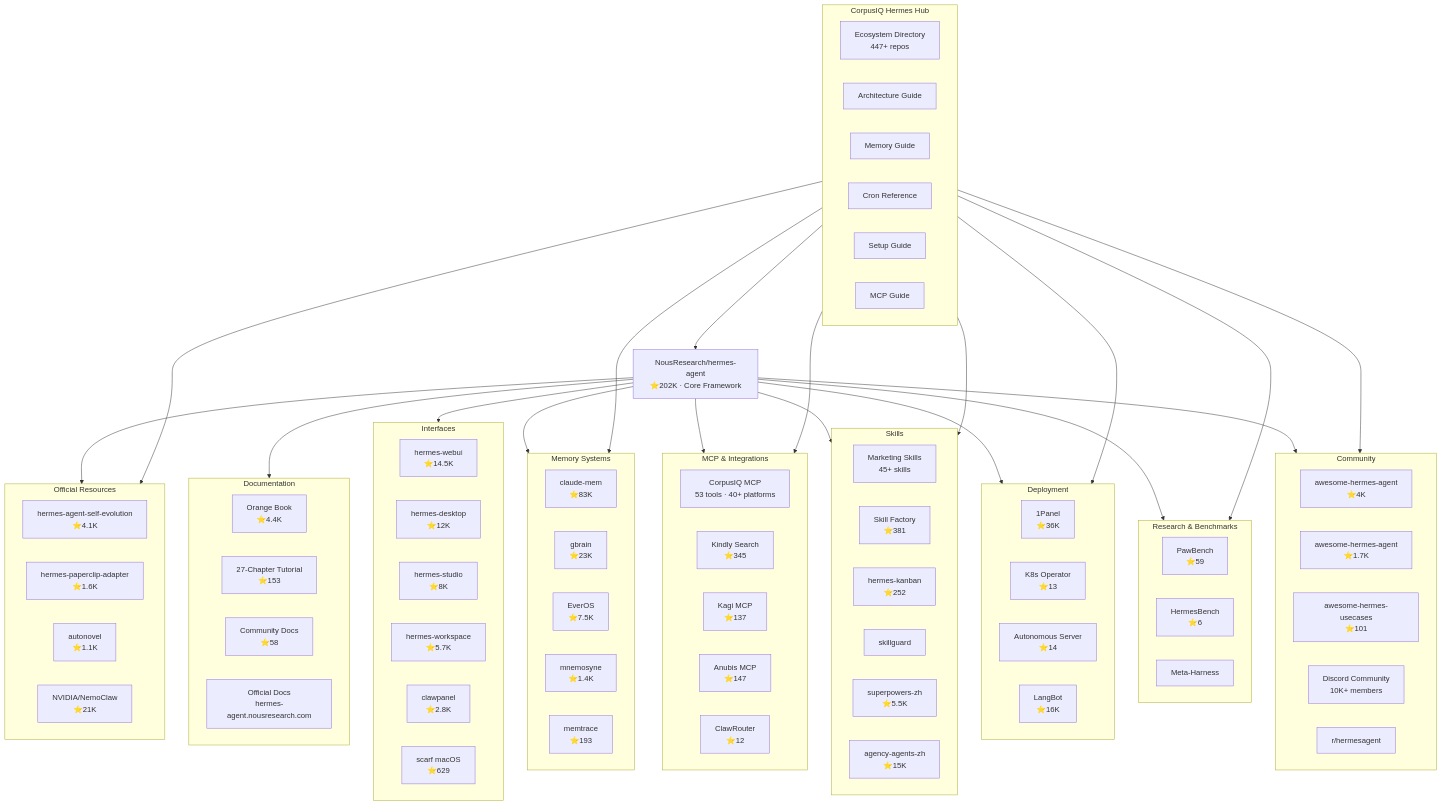
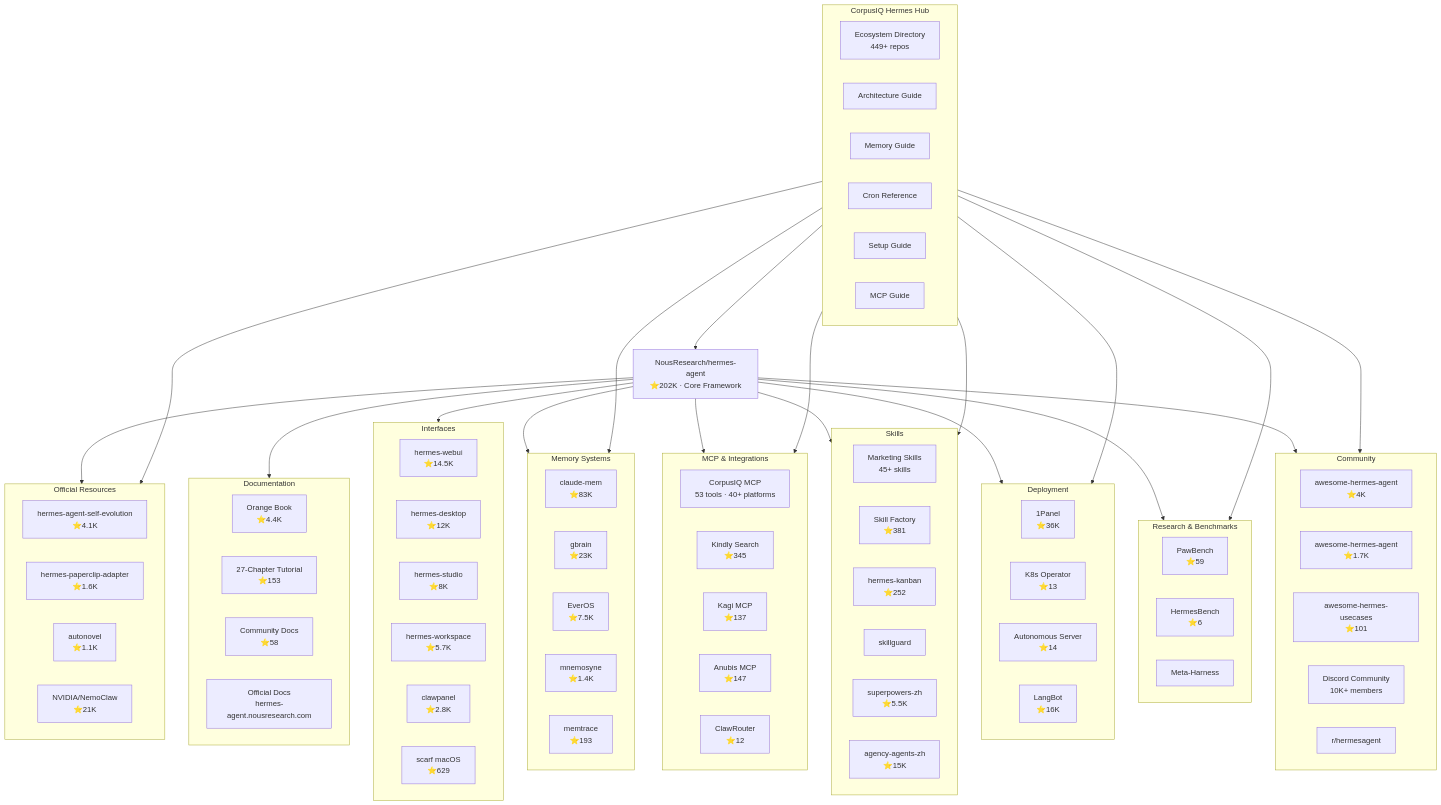
Before and after one commit to CorpusIQ/corpusiq-docs: the first of 4 diagrams in hermes/ecosystem-map.md, drawn with Mermaid. The commit also changed other lines of this file and 36 other files, not shown here.

```diff
--- a/hermes/ecosystem-map.md
+++ b/hermes/ecosystem-map.md
@@ -88,7 +88,7 @@
     end
 
     subgraph CORPUSIQ_HUB[CorpusIQ Hermes Hub]
-        ECOSYSTEM[Ecosystem Directory<br/>447+ repos]
+        ECOSYSTEM[Ecosystem Directory<br/>449+ repos]
         ARCHITECTURE[Architecture Guide]
         KNOWLEDGE[Memory Guide]
         CRONS[Cron Reference]
```
